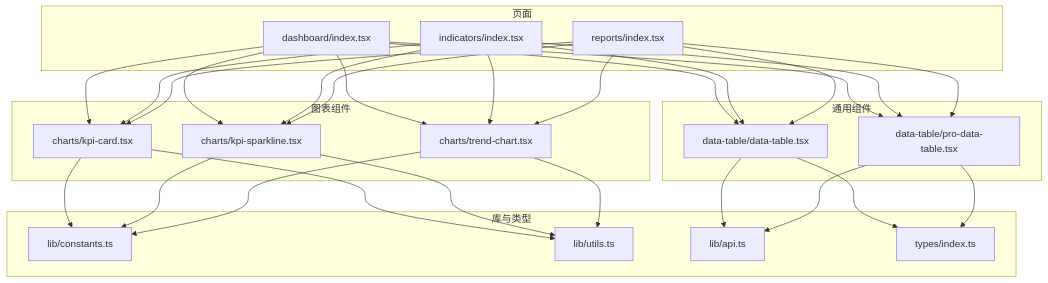
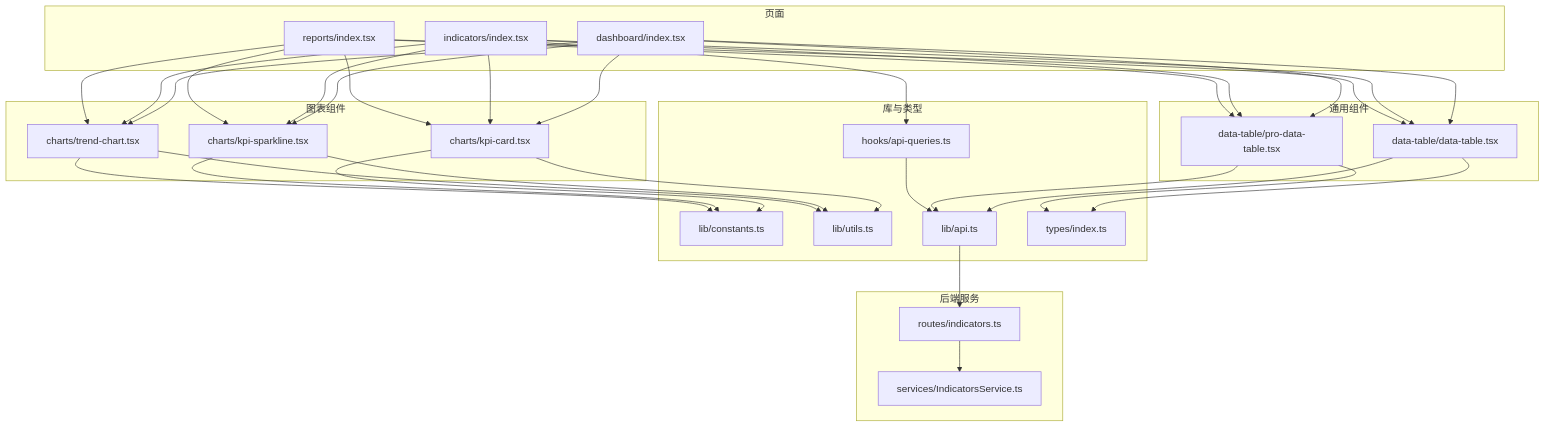
Before and after one commit to Damao997/newproject: the first of 7 diagrams in .qoder/repowiki/zh/content/图表可视化/图表可视化.md, drawn with Mermaid. The commit also changed other lines of this file and 62 other files, not shown here.

````diff
--- a/.qoder/repowiki/zh/content/图表可视化/图表可视化.md
+++ b/.qoder/repowiki/zh/content/图表可视化/图表可视化.md
@@ -44,48 +56,57 @@
 ```mermaid
 graph TB
 subgraph "页面"
 D["dashboard/index.tsx"]
 I["indicators/index.tsx"]
 R["reports/index.tsx"]
 end
 subgraph "图表组件"
 KC["charts/kpi-card.tsx"]
 KS["charts/kpi-sparkline.tsx"]
 TC["charts/trend-chart.tsx"]
 end
 subgraph "通用组件"
 DT["data-table/data-table.tsx"]
 PDT["data-table/pro-data-table.tsx"]
 end
 subgraph "库与类型"
 C["lib/constants.ts"]
 U["lib/utils.ts"]
 A["lib/api.ts"]
 T["types/index.ts"]
+AQ["hooks/api-queries.ts"]
+end
+subgraph "后端服务"
+IR["routes/indicators.ts"]
+IS["services/IndicatorsService.ts"]
 end
 D --> KC
 D --> KS
 D --> TC
 I --> KC
 I --> KS
 I --> TC
 R --> KC
 R --> KS
 R --> TC
 KC --> U
 KS --> U
 TC --> U
 KC --> C
 KS --> C
 TC --> C
 D --> DT
 D --> PDT
 I --> DT
 I --> PDT
 R --> DT
 R --> PDT
 DT --> A
 PDT --> A
 DT --> T
 PDT --> T
+I --> AQ
+AQ --> A
+A --> IR
+IR --> IS
 ```
````
